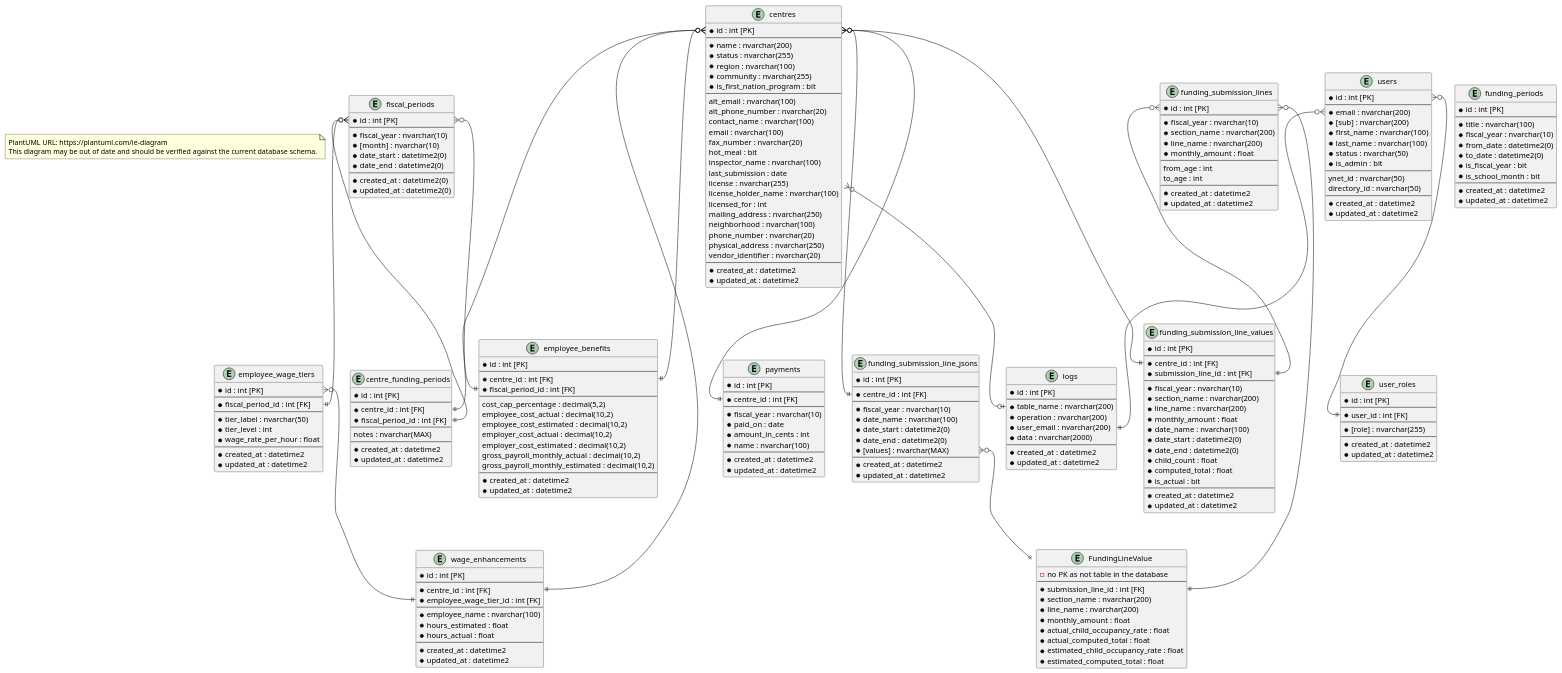
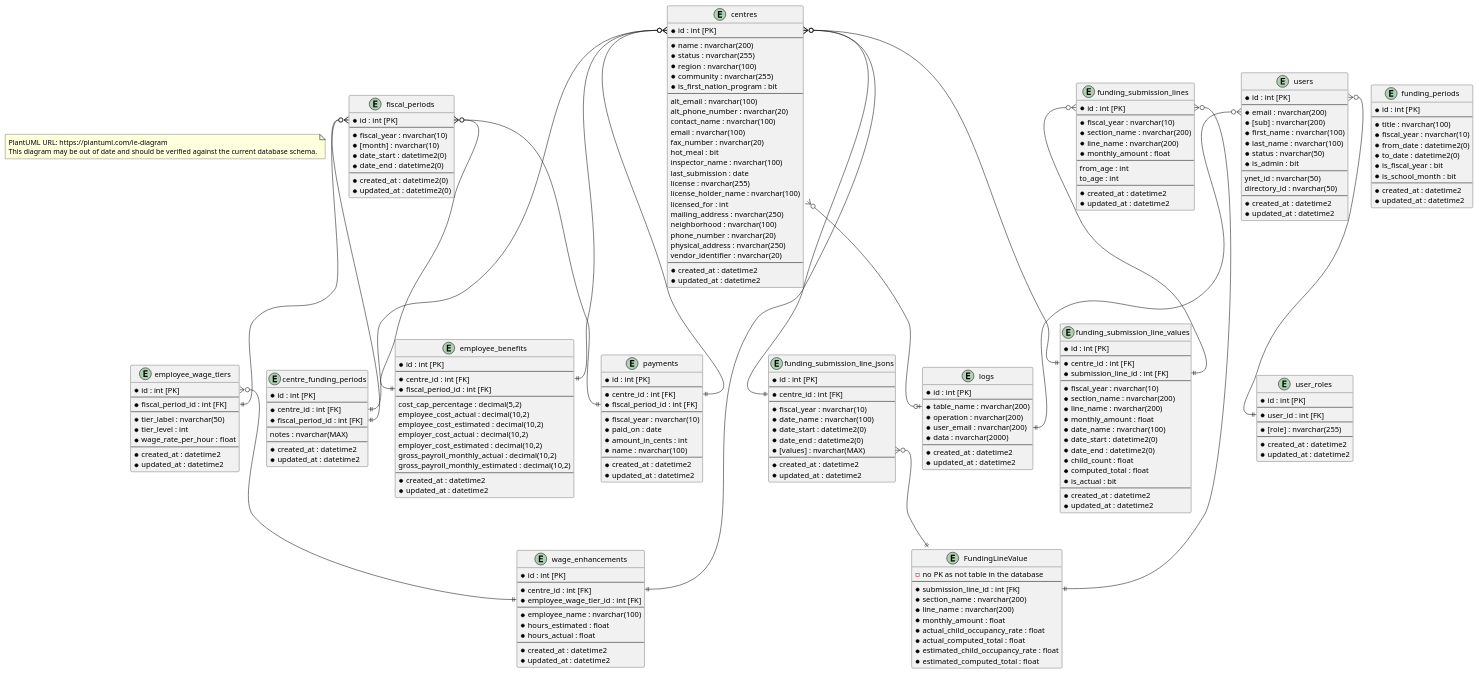
One commit to ytgov/elcc-data-management changed the diagram in _Design/Entity Relationship Diagrams.wsd. Above: the diagram before and after it, drawn with PlantUML. The commit also changed 1 other file, not shown here.

Commit message:
:tophat: Update entity relationship diagram to include fiscal period id on payments table.

```diff
--- a/_Design/Entity Relationship Diagrams.wsd
+++ b/_Design/Entity Relationship Diagrams.wsd
@@ -188,6 +188,7 @@
   * id : int [PK]
   --
   * centre_id : int [FK]
+  * fiscal_period_id : int [FK]
   --
   * fiscal_year : nvarchar(10)
   * paid_on : date
@@ -252,6 +253,7 @@
 fiscal_periods::id }o--|| centre_funding_periods::fiscal_period_id
 fiscal_periods::id }o--|| employee_benefits::fiscal_period_id
 fiscal_periods::id }o--|| employee_wage_tiers::fiscal_period_id
+fiscal_periods::id }o--|| payments::fiscal_period_id
 funding_submission_line_jsons::values }o--|| FundingLineValue
 funding_submission_lines::id }o--|| FundingLineValue::submission_line_id
 funding_submission_lines::id }o--|| funding_submission_line_values::submission_line_id
```
